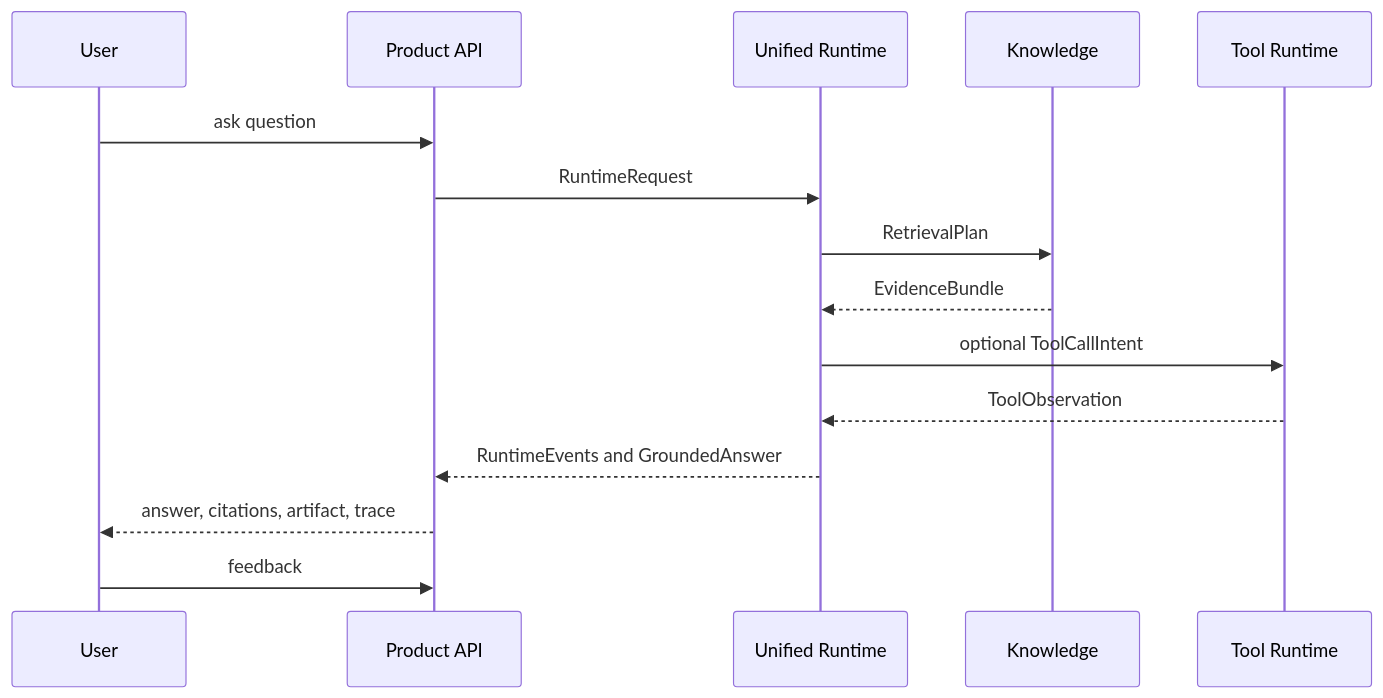
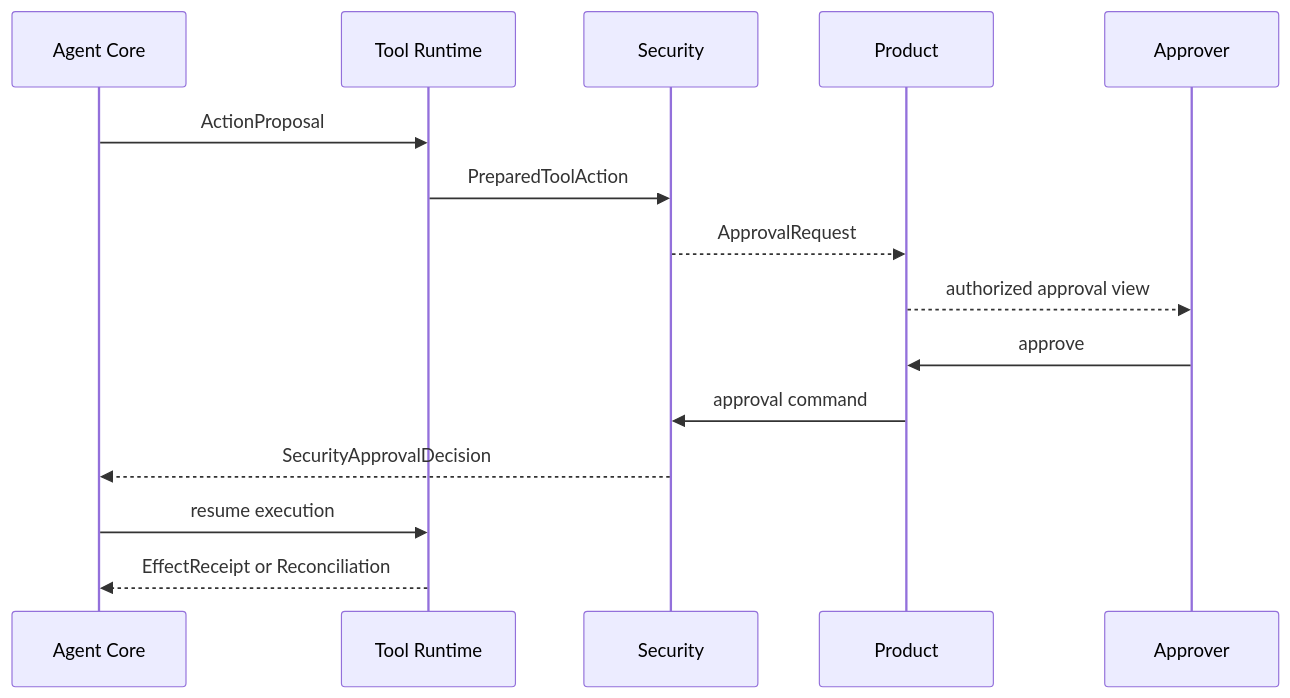
Diagram 14 of 30 in docs/architecture/architecture-views.md (ProfessorZhi/Zuno), drawn with Mermaid before and after one commit. The commit also changed other lines of this file and 14 other files, not shown here.

Commit message:
docs: align total architecture with canonical module designs

````diff
--- a/docs/architecture/architecture-views.md
+++ b/docs/architecture/architecture-views.md
@@ -283,17 +221,17 @@
 ```mermaid
 sequenceDiagram
-  participant U as User
-  participant API as Product API
-  participant R as Unified Runtime
-  participant K as Knowledge
+  participant A as Agent Core
   participant T as Tool Runtime
-  U->>API: ask question
-  API->>R: RuntimeRequest
-  R->>K: RetrievalPlan
-  K-->>R: EvidenceBundle
-  R->>T: optional ToolCallIntent
-  T-->>R: ToolObservation
-  R-->>API: RuntimeEvents and GroundedAnswer
-  API-->>U: answer, citations, artifact, trace
-  U->>API: feedback
+  participant S as Security
+  participant P as Product
+  participant U as Approver
+  A->>T: ActionProposal
+  T->>S: PreparedToolAction
+  S-->>P: ApprovalRequest
+  P-->>U: authorized approval view
+  U->>P: approve
+  P->>S: approval command
+  S-->>A: SecurityApprovalDecision
+  A->>T: resume execution
+  T-->>A: EffectReceipt or Reconciliation
 ```
````
